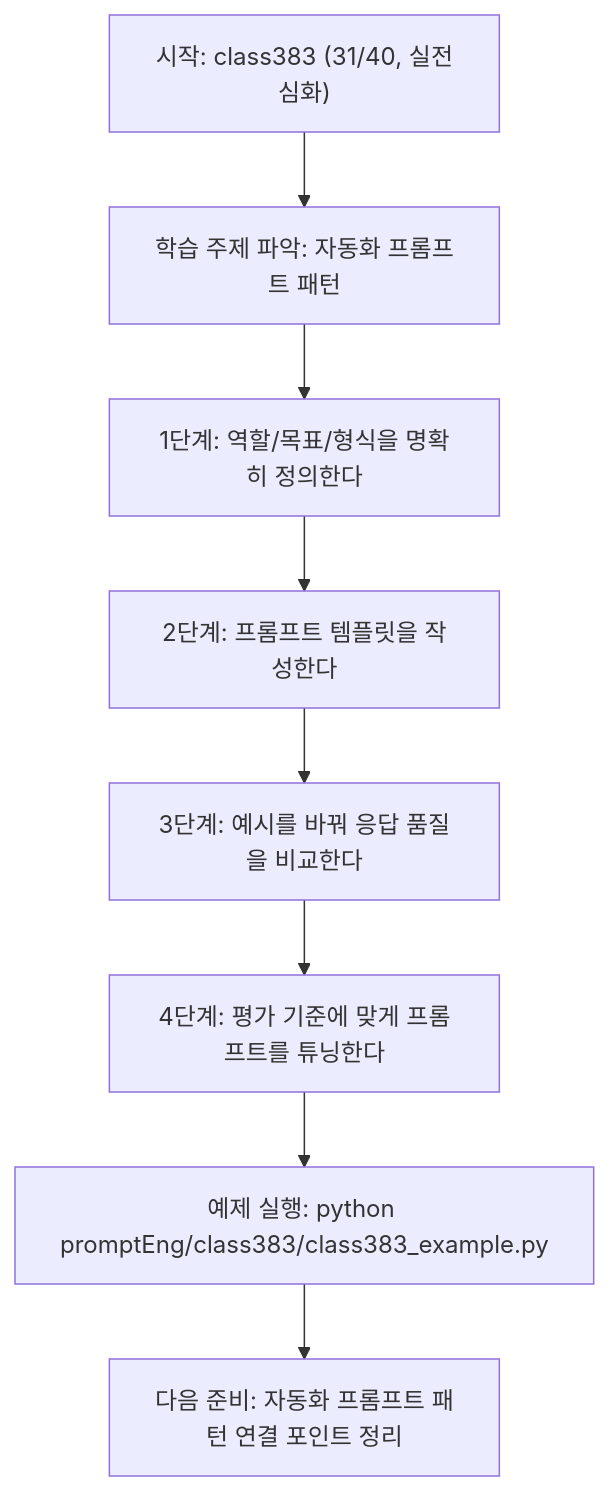
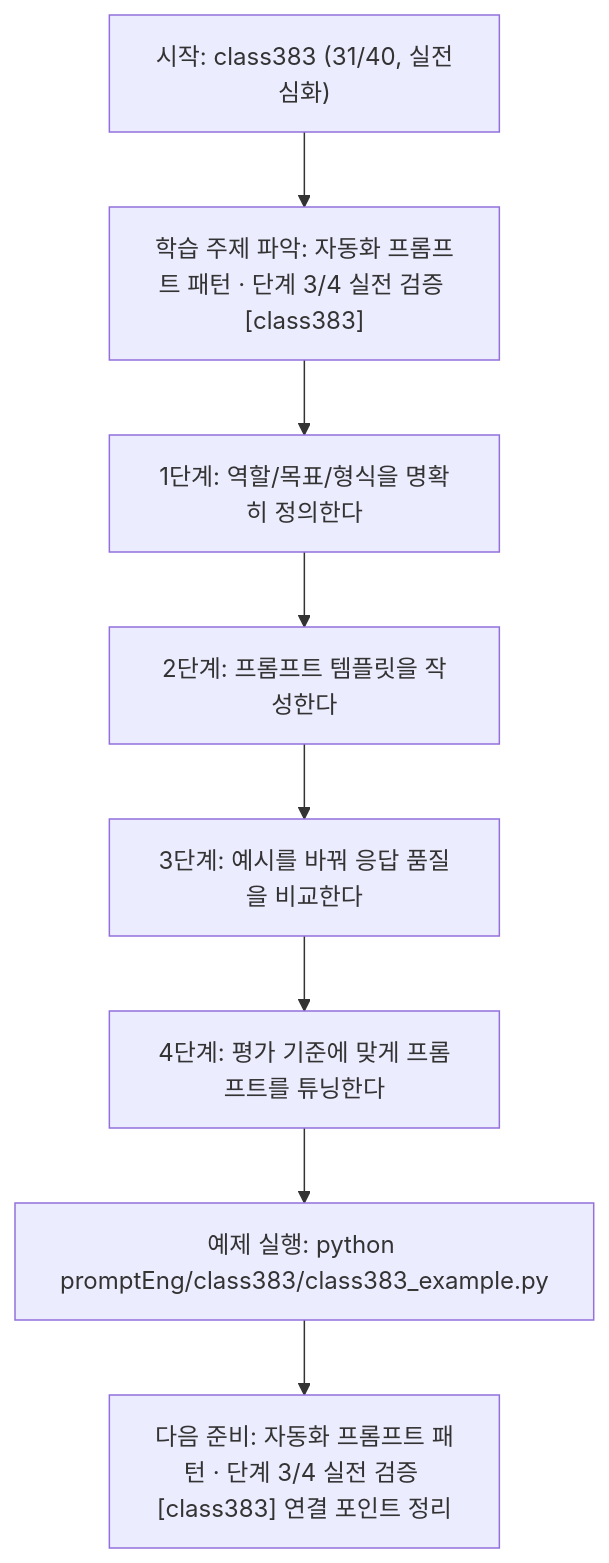
One commit to edumgt/Python-AI_Agent-Class changed the diagram in promptEng/class383/class383.md. Above: the diagram before and after it, drawn with Mermaid. The commit also changed other lines of this file and 522 other files, not shown here.

````diff
--- a/promptEng/class383/class383.md
+++ b/promptEng/class383/class383.md
@@ -109,18 +110,18 @@
 ```mermaid
 flowchart TD
 N1["시작: class383 (31/40, 실전심화)"]
-N2["학습 주제 파악: 자동화 프롬프트 패턴"]
+N2["학습 주제 파악: 자동화 프롬프트 패턴 · 단계 3/4 실전 검증 [class383]"]
 N3["1단계: 역할/목표/형식을 명확히 정의한다"]
 N4["2단계: 프롬프트 템플릿을 작성한다"]
 N5["3단계: 예시를 바꿔 응답 품질을 비교한다"]
 N6["4단계: 평가 기준에 맞게 프롬프트를 튜닝한다"]
 N7["예제 실행: python promptEng/class383/class383_example.py"]
-N8["다음 준비: 자동화 프롬프트 패턴 연결 포인트 정리"]
+N8["다음 준비: 자동화 프롬프트 패턴 · 단계 3/4 실전 검증 [class383] 연결 포인트 정리"]
 N1 --> N2
 N2 --> N3
 N3 --> N4
 N4 --> N5
 N5 --> N6
 N6 --> N7
 N7 --> N8
 ```
````
